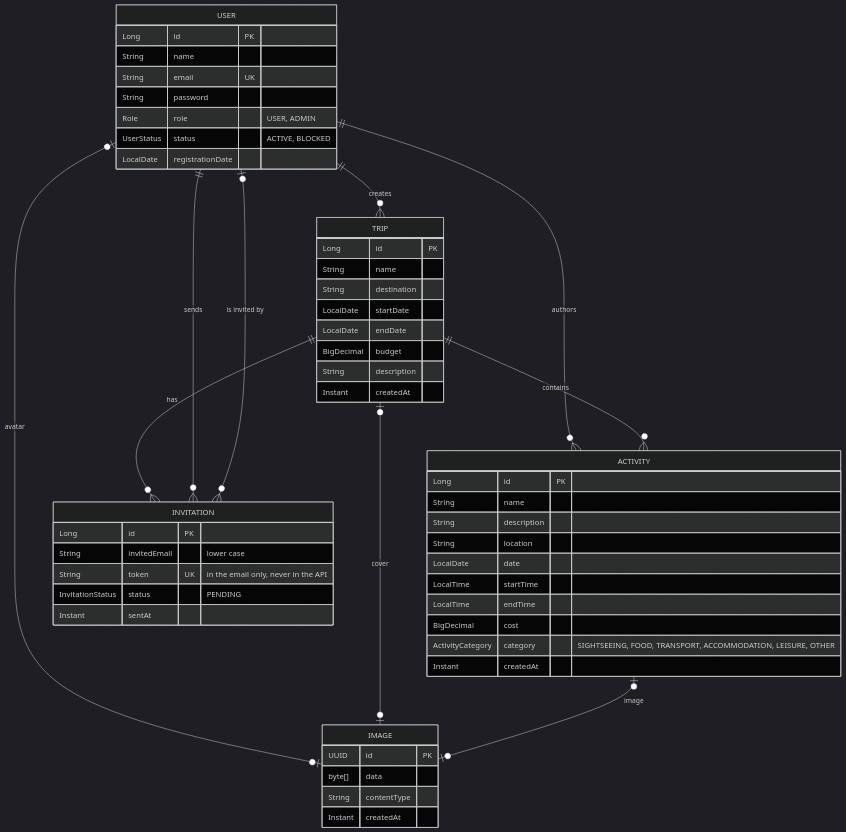
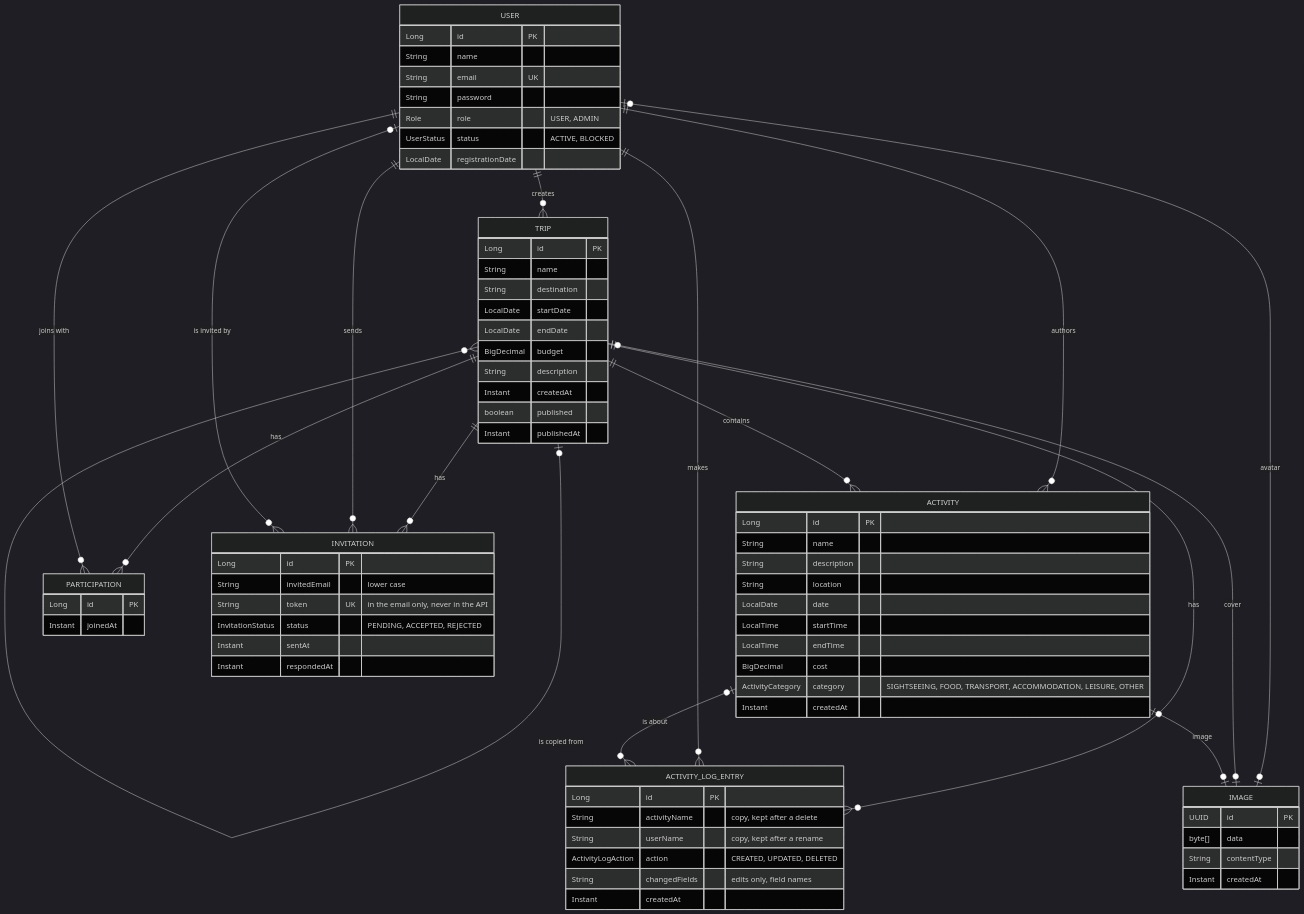
Before and after one commit to codeurjc-students/2026-ViajesRuben: the third of 6 diagrams in docs/development-guide.md, drawn with Mermaid (dark theme). The commit also changed other lines of this file, not shown here.

````diff
--- a/docs/development-guide.md
+++ b/docs/development-guide.md
@@ -299,57 +299,78 @@
 ```mermaid
 erDiagram
   USER ||--o{ TRIP : "creates"
+  TRIP |o--o{ TRIP : "is copied from"
   USER ||--o{ ACTIVITY : "authors"
   TRIP ||--o{ ACTIVITY : "contains"
+  TRIP ||--o{ PARTICIPATION : "has"
+  USER ||--o{ PARTICIPATION : "joins with"
   TRIP ||--o{ INVITATION : "has"
   USER ||--o{ INVITATION : "sends"
   USER |o--o{ INVITATION : "is invited by"
+  TRIP ||--o{ ACTIVITY_LOG_ENTRY : "has"
+  USER ||--o{ ACTIVITY_LOG_ENTRY : "makes"
+  ACTIVITY |o--o{ ACTIVITY_LOG_ENTRY : "is about"
   USER |o--o| IMAGE : "avatar"
   TRIP |o--o| IMAGE : "cover"
   ACTIVITY |o--o| IMAGE : "image"
 
   USER {
     Long id PK
     String name
     String email UK
     String password
     Role role "USER, ADMIN"
     UserStatus status "ACTIVE, BLOCKED"
     LocalDate registrationDate
   }
   TRIP {
     Long id PK
     String name
     String destination
     LocalDate startDate
     LocalDate endDate
     BigDecimal budget
     String description
     Instant createdAt
+    boolean published
+    Instant publishedAt
   }
   ACTIVITY {
     Long id PK
     String name
     String description
     String location
     LocalDate date
     LocalTime startTime
     LocalTime endTime
     BigDecimal cost
     ActivityCategory category "SIGHTSEEING, FOOD, TRANSPORT, ACCOMMODATION, LEISURE, OTHER"
     Instant createdAt
   }
+  PARTICIPATION {
+    Long id PK
+    Instant joinedAt
+  }
   INVITATION {
     Long id PK
     String invitedEmail "lower case"
     String token UK "in the email only, never in the API"
-    InvitationStatus status "PENDING"
+    InvitationStatus status "PENDING, ACCEPTED, REJECTED"
     Instant sentAt
+    Instant respondedAt
+  }
+  ACTIVITY_LOG_ENTRY {
+    Long id PK
+    String activityName "copy, kept after a delete"
+    String userName "copy, kept after a rename"
+    ActivityLogAction action "CREATED, UPDATED, DELETED"
+    String changedFields "edits only, field names"
+    Instant createdAt
   }
   IMAGE {
     UUID id PK
     byte[] data
     String contentType
     Instant createdAt
   }
 ```
````
